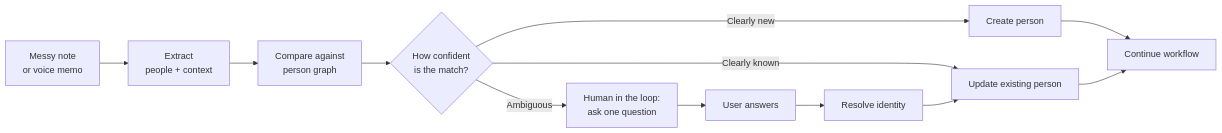
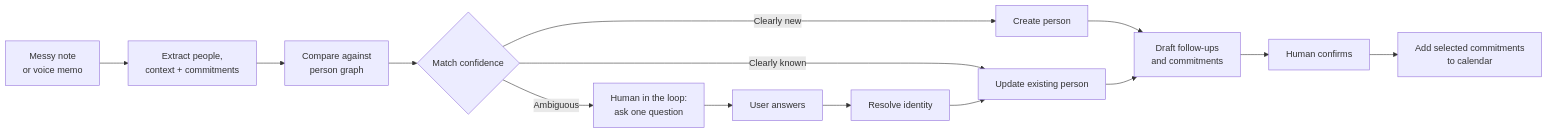
The first of 2 diagrams in WRITEUP.md (jiahuiiiii/Recall), drawn with Mermaid before and after one commit.

Commit message:
chore: writeup upd

````diff
--- a/WRITEUP.md
+++ b/WRITEUP.md
@@ -54,14 +54,16 @@
 ```mermaid
 flowchart LR
-    A["Messy note<br/>or voice memo"] --> B["Extract<br/>people + context"]
+    A["Messy note<br/>or voice memo"] --> B["Extract people,<br/>context + commitments"]
     B --> C["Compare against<br/>person graph"]
-    C --> D{"How confident<br/>is the match?"}
+    C --> D{"Match confidence"}
     D -->|"Clearly new"| E["Create person"]
     D -->|"Clearly known"| F["Update existing person"]
     D -->|"Ambiguous"| G["Human in the loop:<br/>ask one question"]
     G --> H["User answers"]
     H --> I["Resolve identity"]
     I --> F
-    E --> J["Continue workflow"]
+    E --> J["Draft follow-ups<br/>and commitments"]
     F --> J
+    J --> K["Human confirms"]
+    K --> L["Add selected commitments<br/>to calendar"]
 ```
````
